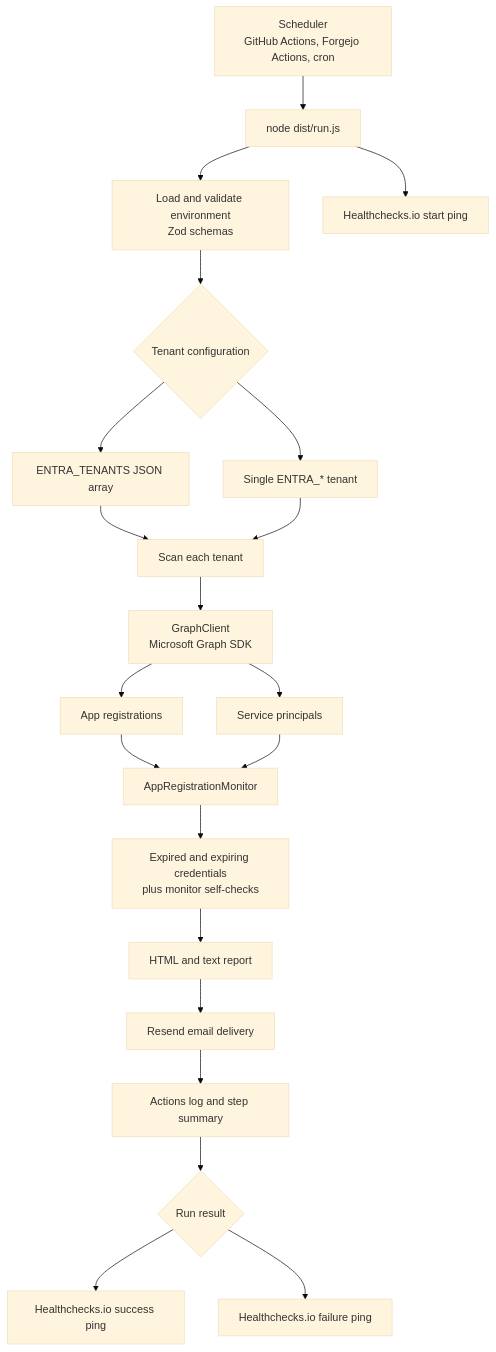
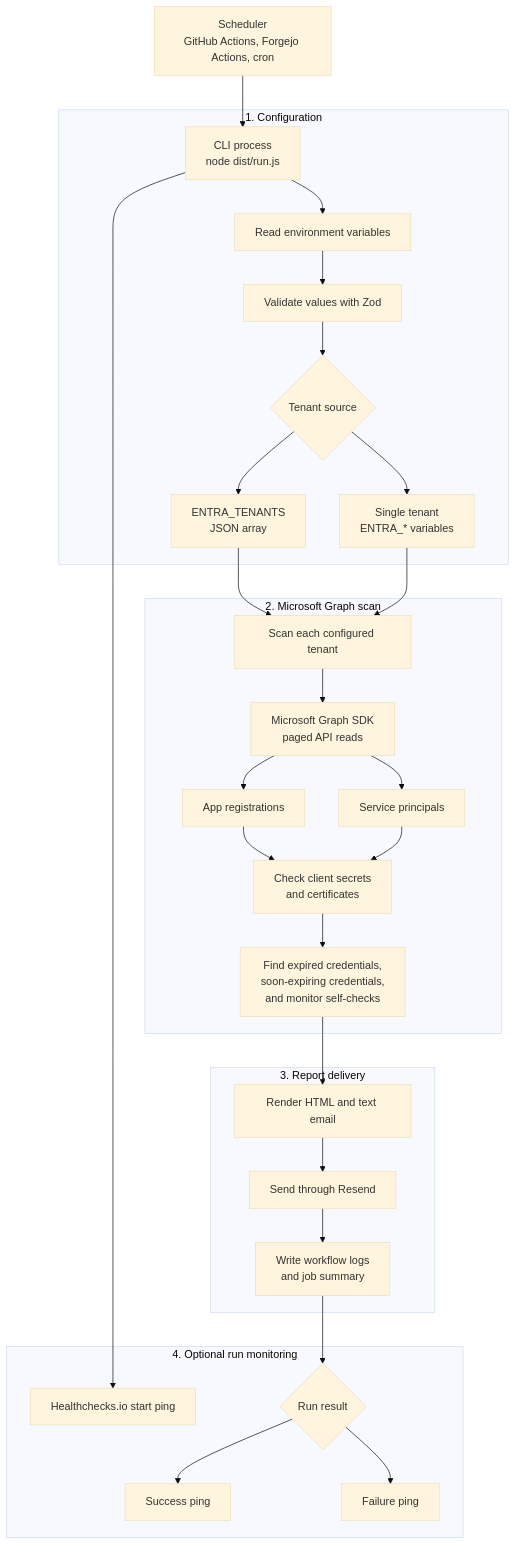
The diagram in README.md (Peculiar-Cloud/Entra-Credential-Monitor), drawn with Mermaid (base theme) before and after one commit. The commit also changed other lines of this file and 1 other file, not shown here.

Commit message:
Clarify Mermaid diagrams

````diff
--- a/README.md
+++ b/README.md
@@ -178,24 +181,36 @@
 ```mermaid
 flowchart TD
-  Scheduler["Scheduler<br/>GitHub Actions, Forgejo Actions, cron"] --> Runner["node dist/run.js"]
-  Runner --> Env["Load and validate environment<br/>Zod schemas"]
-  Env --> Tenants{"Tenant configuration"}
-  Tenants --> Multi["ENTRA_TENANTS JSON array"]
-  Tenants --> Single["Single ENTRA_* tenant"]
-  Multi --> ScanLoop["Scan each tenant"]
-  Single --> ScanLoop
+  Scheduler["Scheduler<br/>GitHub Actions, Forgejo Actions, cron"] --> CLI["CLI process<br/>node dist/run.js"]
 
-  Runner --> StartPing["Healthchecks.io start ping"]
-  ScanLoop --> Graph["GraphClient<br/>Microsoft Graph SDK"]
-  Graph --> Apps["App registrations"]
-  Graph --> Principals["Service principals"]
-  Apps --> Analyze["AppRegistrationMonitor"]
-  Principals --> Analyze
-  Analyze --> Findings["Expired and expiring credentials<br/>plus monitor self-checks"]
-  Findings --> Report["HTML and text report"]
-  Report --> Resend["Resend email delivery"]
-  Resend --> Summary["Actions log and step summary"]
-  Summary --> FinalPing{"Run result"}
-  FinalPing --> Success["Healthchecks.io success ping"]
-  FinalPing --> Failure["Healthchecks.io failure ping"]
+  subgraph Config["1. Configuration"]
+    CLI --> Env["Read environment variables"]
+    Env --> Validate["Validate values with Zod"]
+    Validate --> TenantSource{"Tenant source"}
+    TenantSource --> MultiTenant["ENTRA_TENANTS<br/>JSON array"]
+    TenantSource --> SingleTenant["Single tenant<br/>ENTRA_* variables"]
+  end
+
+  subgraph Scan["2. Microsoft Graph scan"]
+    MultiTenant --> TenantLoop["Scan each configured tenant"]
+    SingleTenant --> TenantLoop
+    TenantLoop --> Graph["Microsoft Graph SDK<br/>paged API reads"]
+    Graph --> Apps["App registrations"]
+    Graph --> ServicePrincipals["Service principals"]
+    Apps --> Analyze["Check client secrets<br/>and certificates"]
+    ServicePrincipals --> Analyze
+    Analyze --> Findings["Find expired credentials,<br/>soon-expiring credentials,<br/>and monitor self-checks"]
+  end
+
+  subgraph Delivery["3. Report delivery"]
+    Findings --> Templates["Render HTML and text email"]
+    Templates --> Resend["Send through Resend"]
+    Resend --> Summary["Write workflow logs<br/>and job summary"]
+  end
+
+  subgraph Monitoring["4. Optional run monitoring"]
+    CLI --> StartPing["Healthchecks.io start ping"]
+    Summary --> Result{"Run result"}
+    Result --> SuccessPing["Success ping"]
+    Result --> FailurePing["Failure ping"]
+  end
 ```
````
